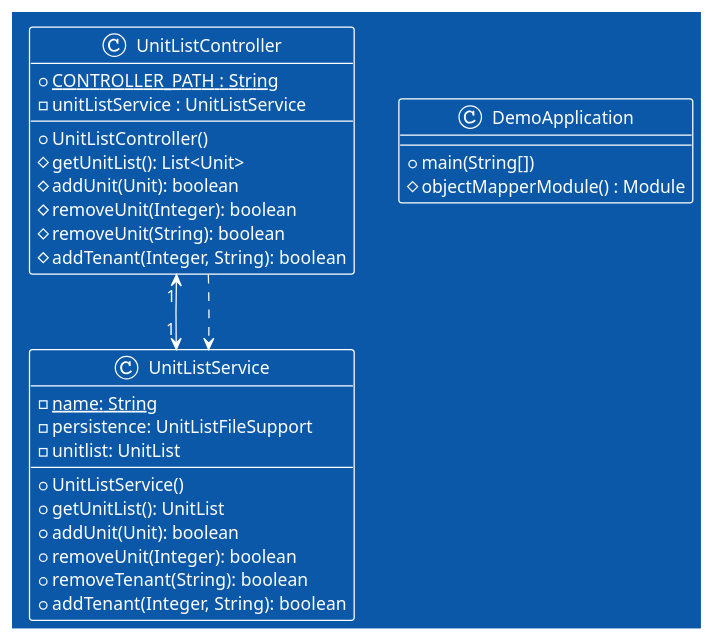
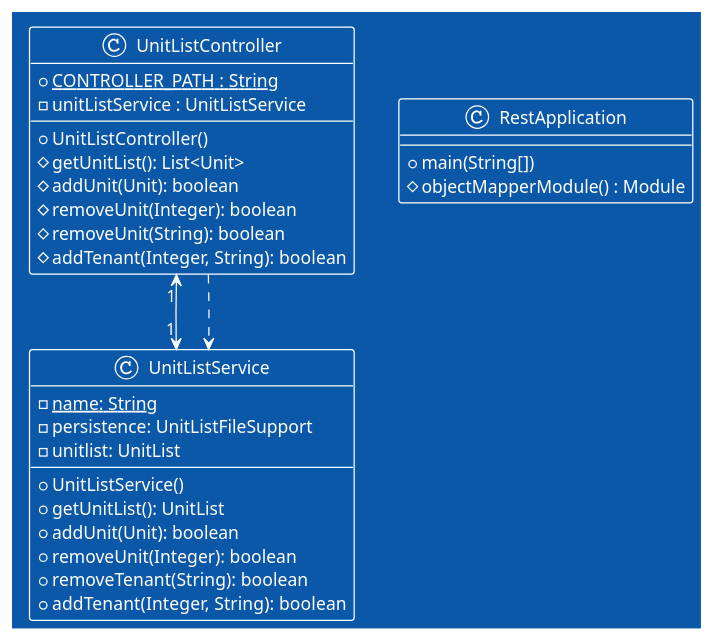
The diagram in gr2232/docs/release3/ClassDiagramRest.puml (YounesBB/Storage_Rental), drawn with PlantUML before and after one commit. The commit also changed 4 other files, not shown here.

```diff
--- a/gr2232/docs/release3/ClassDiagramRest.puml
+++ b/gr2232/docs/release3/ClassDiagramRest.puml
@@ -1,37 +1,37 @@
 @startuml
 !theme amiga
 
 UnitListController "1"<-->"1" UnitListService
 UnitListController ..> UnitListService
 
 class UnitListController{
   +CONTROLLER_PATH : String {static}
   -unitListService : UnitListService 
 
   +UnitListController()
   #getUnitList(): List<Unit> 
   #addUnit(Unit): boolean
   #removeUnit(Integer): boolean
   #removeUnit(String): boolean
   #addTenant(Integer, String): boolean
 }
 
 class UnitListService{
   -name: String {static}
   -persistence: UnitListFileSupport
   -unitlist: UnitList
 
   +UnitListService()
   +getUnitList(): UnitList
   +addUnit(Unit): boolean
   +removeUnit(Integer): boolean
   +removeTenant(String): boolean
   +addTenant(Integer, String): boolean
 }
 
-class DemoApplication{
+class RestApplication{
   +main(String[])
   #objectMapperModule() : Module
 }
 
 @enduml
```
